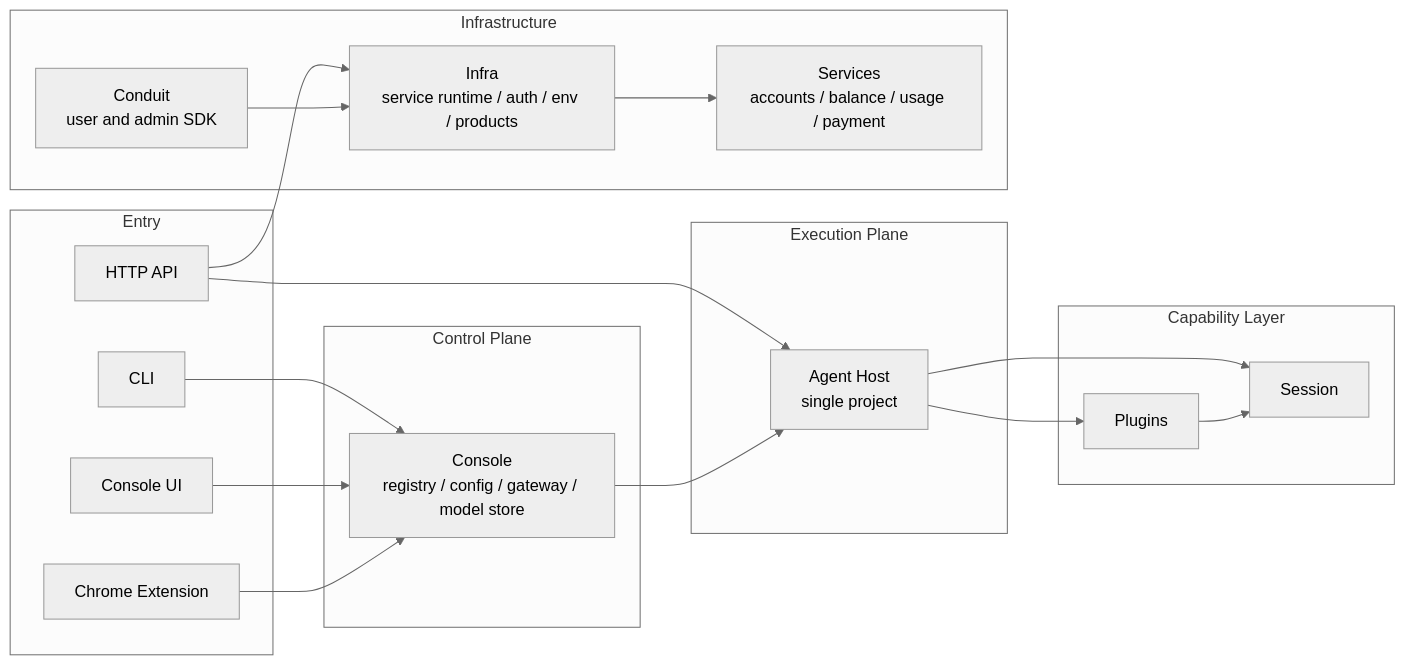
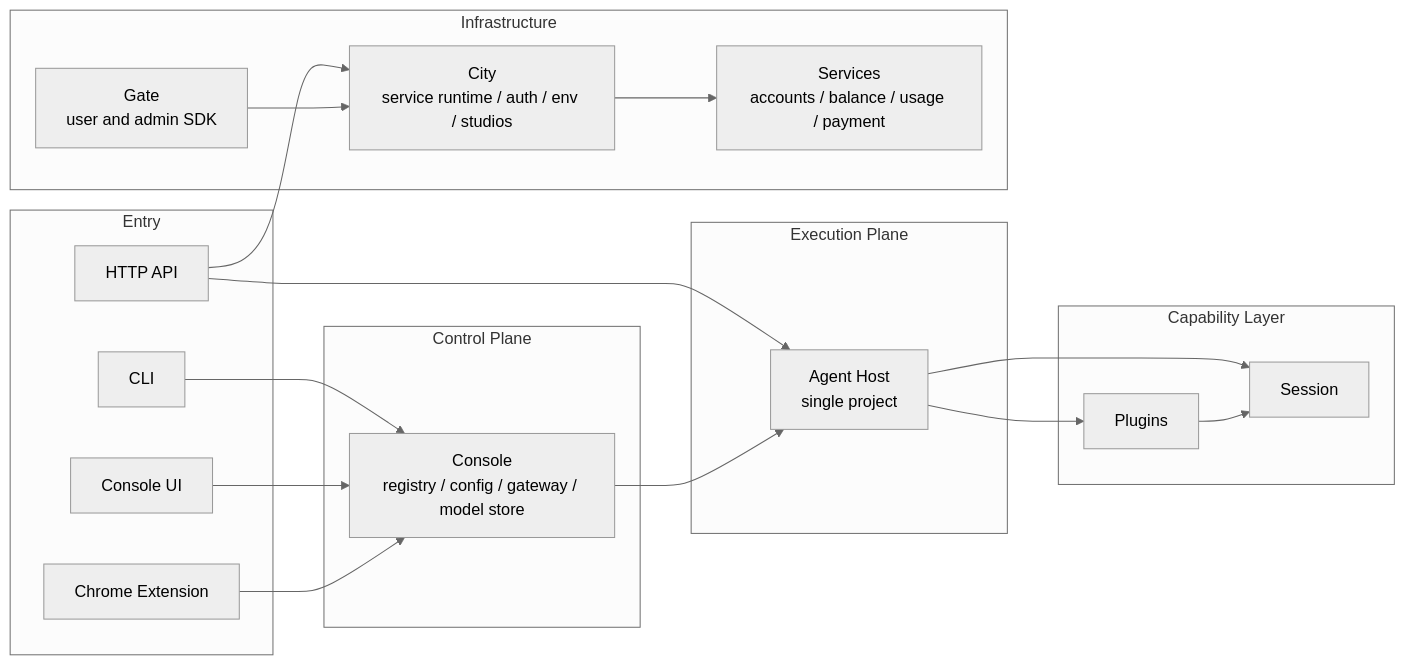
Before and after one commit to wangenius/downcity: the first of 3 diagrams in homepage/content/devdocs/en/architecture/system-logic.mdx, drawn with Mermaid (neutral theme). The commit also changed other lines of this file and 364 other files, not shown here.

````diff
--- a/homepage/content/devdocs/en/architecture/system-logic.mdx
+++ b/homepage/content/devdocs/en/architecture/system-logic.mdx
@@ -21,40 +21,40 @@
 ```mermaid
 flowchart LR
   subgraph Entry["Entry"]
     CLI["CLI"]
     UI["Console UI"]
     EXT["Chrome Extension"]
     API["HTTP API"]
   end
 
   subgraph Control["Control Plane"]
     CONSOLE["Console<br/>registry / config / gateway / model store"]
   end
 
   subgraph Runtime["Execution Plane"]
     AGENT["Agent Host<br/>single project"]
   end
 
   subgraph Capability["Capability Layer"]
     SESSION["Session"]
     PLUGINS["Plugins"]
   end
 
   subgraph Infra["Infrastructure"]
-    INFRA["Infra<br/>service runtime / auth / env / products"]
+    INFRA["City<br/>service runtime / auth / env / studios"]
     SERVICES["Services<br/>accounts / balance / usage / payment"]
-    CONDUIT["Conduit<br/>user and admin SDK"]
+    CONDUIT["Gate<br/>user and admin SDK"]
   end
 
   CLI --> CONSOLE
   UI --> CONSOLE
   EXT --> CONSOLE
   API --> AGENT
   CONSOLE --> AGENT
   AGENT --> SESSION
   AGENT --> PLUGINS
   PLUGINS --> SESSION
   API --> INFRA
   CONDUIT --> INFRA
   INFRA --> SERVICES
 ```
````
